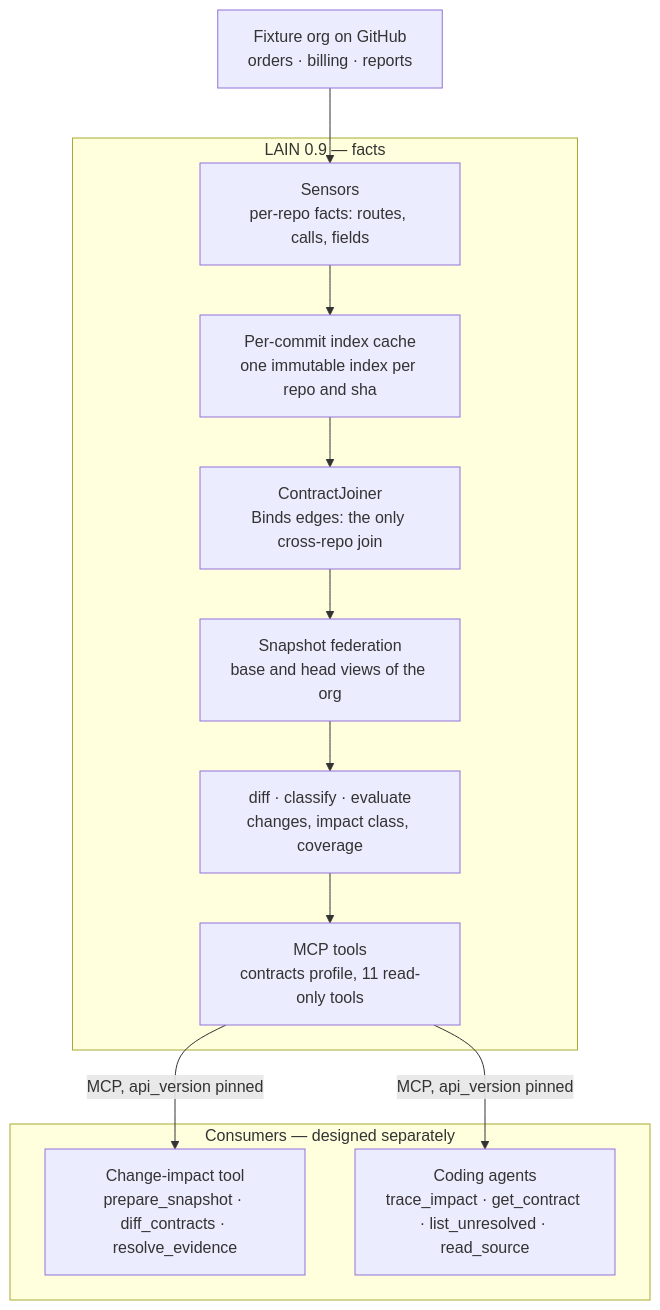
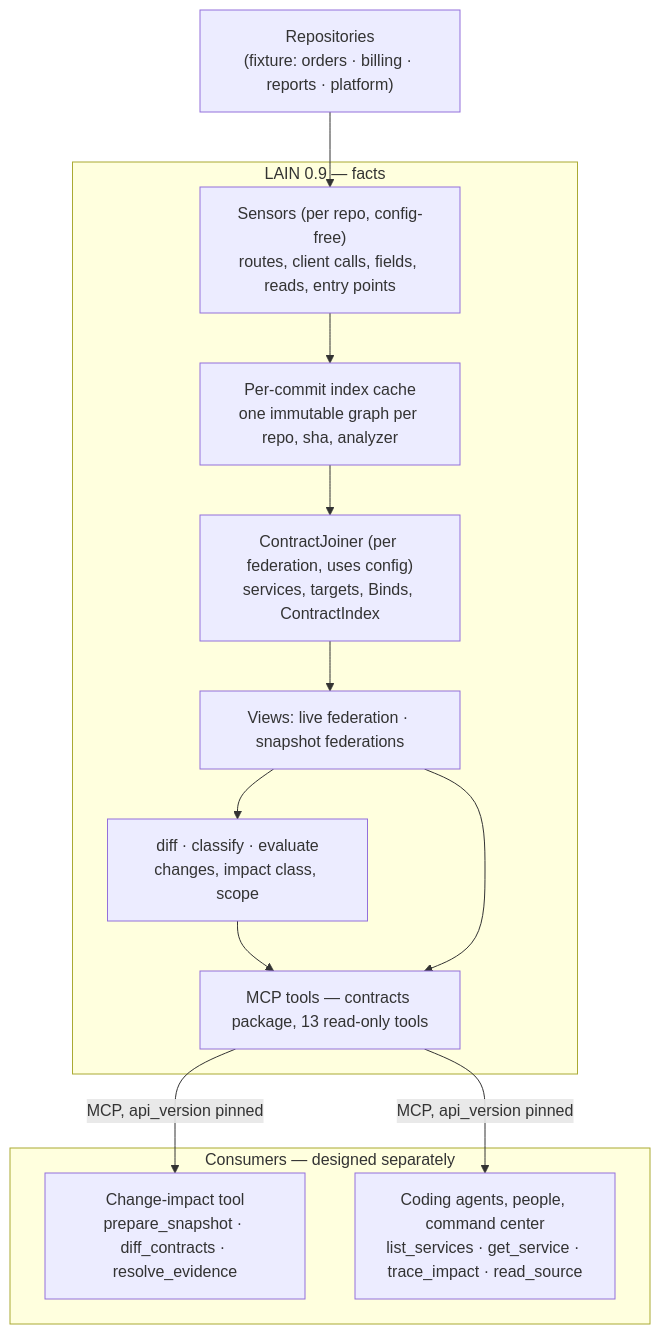
One commit to spuentesp/lain changed the first of 2 diagrams in docs/CONTRACT_FEDERATION.md. Above: the diagram before and after it, drawn with Mermaid. The commit also changed other lines of this file and 1 other file, not shown here.

First line of the commit message:
docs(contract-federation): implementation-ready rewrite of design and tracker

````diff
--- a/docs/CONTRACT_FEDERATION.md
+++ b/docs/CONTRACT_FEDERATION.md
@@ -58,20 +71,21 @@
 ```mermaid
 flowchart TD
-  repos["Fixture org on GitHub<br/>orders · billing · reports"]
+  repos["Repositories<br/>(fixture: orders · billing · reports · platform)"]
   subgraph LAIN["LAIN 0.9 — facts"]
-    sensors["Sensors<br/>per-repo facts: routes, calls, fields"]
-    cache["Per-commit index cache<br/>one immutable index per repo and sha"]
-    joiner["ContractJoiner<br/>Binds edges: the only cross-repo join"]
-    snap["Snapshot federation<br/>base and head views of the org"]
-    diff["diff · classify · evaluate<br/>changes, impact class, coverage"]
-    tools["MCP tools<br/>contracts profile, 11 read-only tools"]
-    sensors --> cache --> joiner --> snap --> diff --> tools
+    sensors["Sensors (per repo, config-free)<br/>routes, client calls, fields, reads, entry points"]
+    cache["Per-commit index cache<br/>one immutable graph per repo, sha, analyzer"]
+    joiner["ContractJoiner (per federation, uses config)<br/>services, targets, Binds, ContractIndex"]
+    views["Views: live federation · snapshot federations"]
+    diff["diff · classify · evaluate<br/>changes, impact class, scope"]
+    tools["MCP tools — contracts package, 13 read-only tools"]
+    sensors --> cache --> joiner --> views --> diff --> tools
+    views --> tools
   end
   subgraph Consumers["Consumers — designed separately"]
     impact["Change-impact tool<br/>prepare_snapshot · diff_contracts · resolve_evidence"]
-    agents["Coding agents<br/>trace_impact · get_contract · list_unresolved · read_source"]
+    agents["Coding agents, people, command center<br/>list_services · get_service · trace_impact · read_source"]
   end
   repos --> sensors
   tools -- "MCP, api_version pinned" --> impact
   tools -- "MCP, api_version pinned" --> agents
 ```
````
